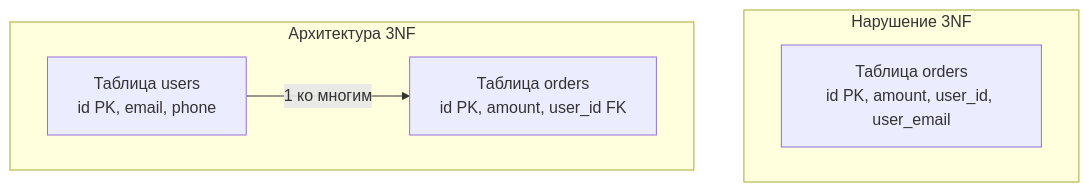
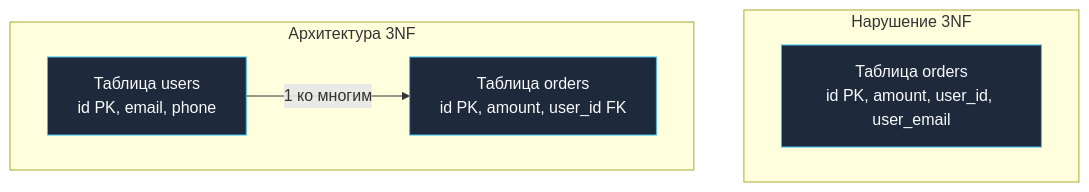
The diagram in sources/12. Базы данных/01. Введение и фундамент/12. Третья нормальная форма 3NF.md (UnrealTemplier/go-textbook), drawn with Mermaid before and after one commit. The commit also changed 1666 other files, not shown here.

First line of the commit message:
feat(mermaid): add semantic color classDef to 1369 colorless flowchart/graph diagrams

````diff
--- a/sources/12. Базы данных/01. Введение и фундамент/12. Третья нормальная форма 3NF.md
+++ b/sources/12. Базы данных/01. Введение и фундамент/12. Третья нормальная форма 3NF.md
@@ -49,13 +49,23 @@
 ```mermaid
 flowchart TD
+    classDef process  fill:#1e293b,stroke:#38bdf8,stroke-width:1px,color:#f8fafc
+    classDef success  fill:#064e3b,stroke:#34d399,stroke-width:1px,color:#f8fafc
+    classDef error    fill:#7f1d1d,stroke:#f87171,stroke-width:1px,color:#f8fafc
+    classDef warning  fill:#78350f,stroke:#fbbf24,stroke-width:1px,color:#f8fafc
+    classDef entry    fill:#1e3a5f,stroke:#38bdf8,stroke-width:2px,color:#f8fafc
+    classDef aux      fill:#334155,stroke:#64748b,stroke-width:1px,color:#f8fafc
+    classDef system   fill:#312e81,stroke:#a78bfa,stroke-width:1px,color:#f8fafc
+    classDef data     fill:#132d29,stroke:#2dd4bf,stroke-width:1px,color:#f8fafc
+    classDef network  fill:#881337,stroke:#fb7185,stroke-width:1px,color:#f8fafc
+    classDef accent   fill:#1e1b4b,stroke:#818cf8,stroke-width:1px,color:#f8fafc
     subgraph Нарушение 3NF
-        Bad["Таблица orders<br>id PK, amount, user_id, user_email"]
+        Bad["Таблица orders<br>id PK, amount, user_id, user_email"]:::process
     end
 
     subgraph Архитектура 3NF
-        Users["Таблица users<br>id PK, email, phone"]
-        Orders["Таблица orders<br>id PK, amount, user_id FK"]
+        Users["Таблица users<br>id PK, email, phone"]:::process
+        Orders["Таблица orders<br>id PK, amount, user_id FK"]:::process
         
         Users -->|"1 ко многим"| Orders
     end
 ```
````
